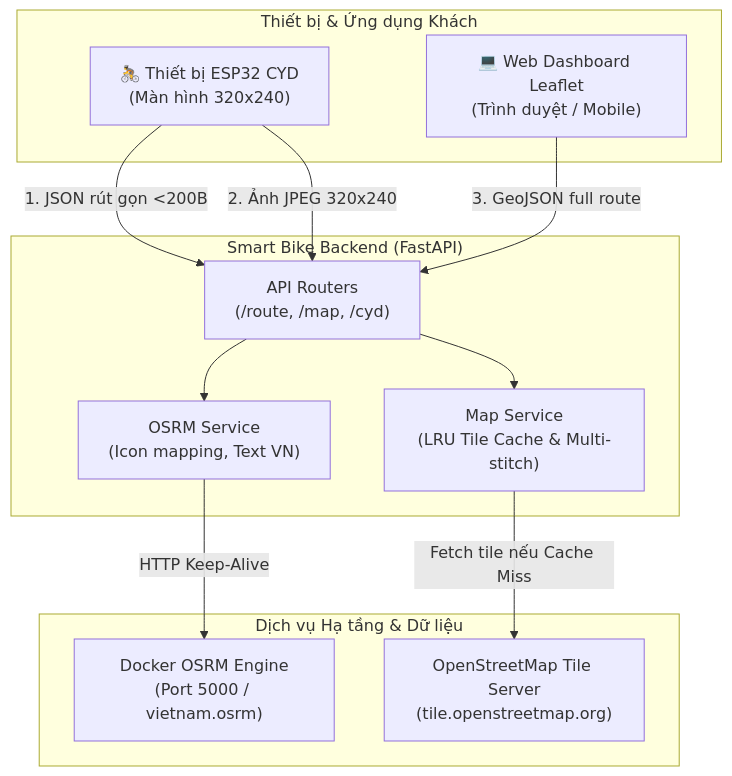
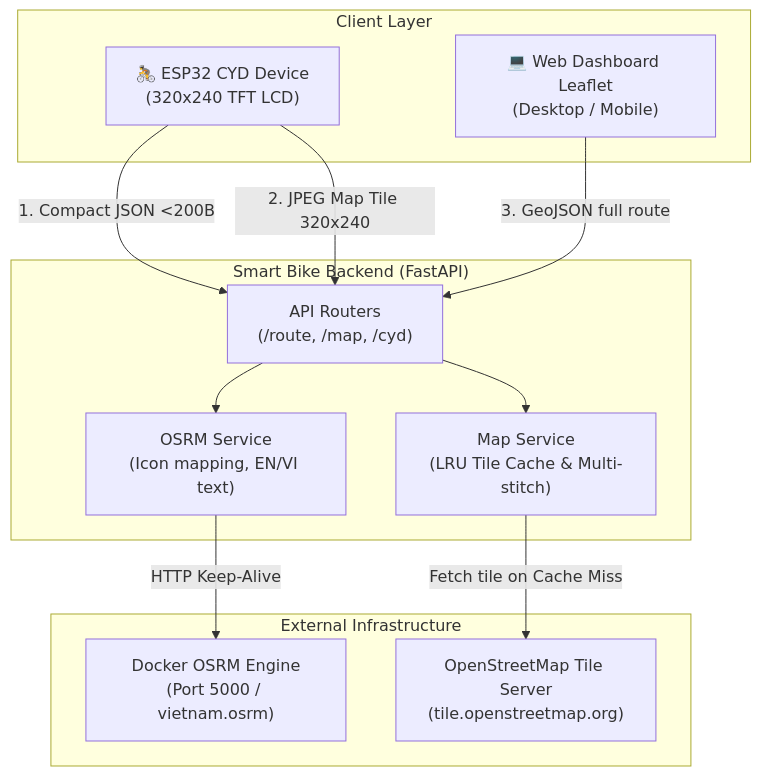
Before and after one commit to nguyenvietlam1792013-debug/smart_bike_backend: the diagram in README.md, drawn with Mermaid. The commit also changed other lines of this file and 4 other files, not shown here.

````diff
--- a/README.md
+++ b/README.md
@@ -36,28 +39,28 @@
 ```mermaid
 graph TD
-    subgraph Clients["Thiết bị & Ứng dụng Khách"]
-        ESP32["🚴 Thiết bị ESP32 CYD<br/>(Màn hình 320x240)"]
-        Browser["💻 Web Dashboard Leaflet<br/>(Trình duyệt / Mobile)"]
+    subgraph Clients["Client Layer"]
+        ESP32["🚴 ESP32 CYD Device<br/>(320x240 TFT LCD)"]
+        Browser["💻 Web Dashboard Leaflet<br/>(Desktop / Mobile)"]
     end
 
     subgraph Backend["Smart Bike Backend (FastAPI)"]
         Router["API Routers<br/>(/route, /map, /cyd)"]
-        OSRMService["OSRM Service<br/>(Icon mapping, Text VN)"]
+        OSRMService["OSRM Service<br/>(Icon mapping, EN/VI text)"]
         MapService["Map Service<br/>(LRU Tile Cache & Multi-stitch)"]
     end
 
-    subgraph External["Dịch vụ Hạ tầng & Dữ liệu"]
+    subgraph External["External Infrastructure"]
         OSRM["Docker OSRM Engine<br/>(Port 5000 / vietnam.osrm)"]
         OSM["OpenStreetMap Tile Server<br/>(tile.openstreetmap.org)"]
     end
 
-    ESP32 -->|1. JSON rút gọn <200B| Router
-    ESP32 -->|2. Ảnh JPEG 320x240| Router
+    ESP32 -->|1. Compact JSON <200B| Router
+    ESP32 -->|2. JPEG Map Tile 320x240| Router
     Browser -->|3. GeoJSON full route| Router
     
     Router --> OSRMService
     Router --> MapService
     
     OSRMService -->|HTTP Keep-Alive| OSRM
-    MapService -->|Fetch tile nếu Cache Miss| OSM
+    MapService -->|Fetch tile on Cache Miss| OSM
 ```
````
